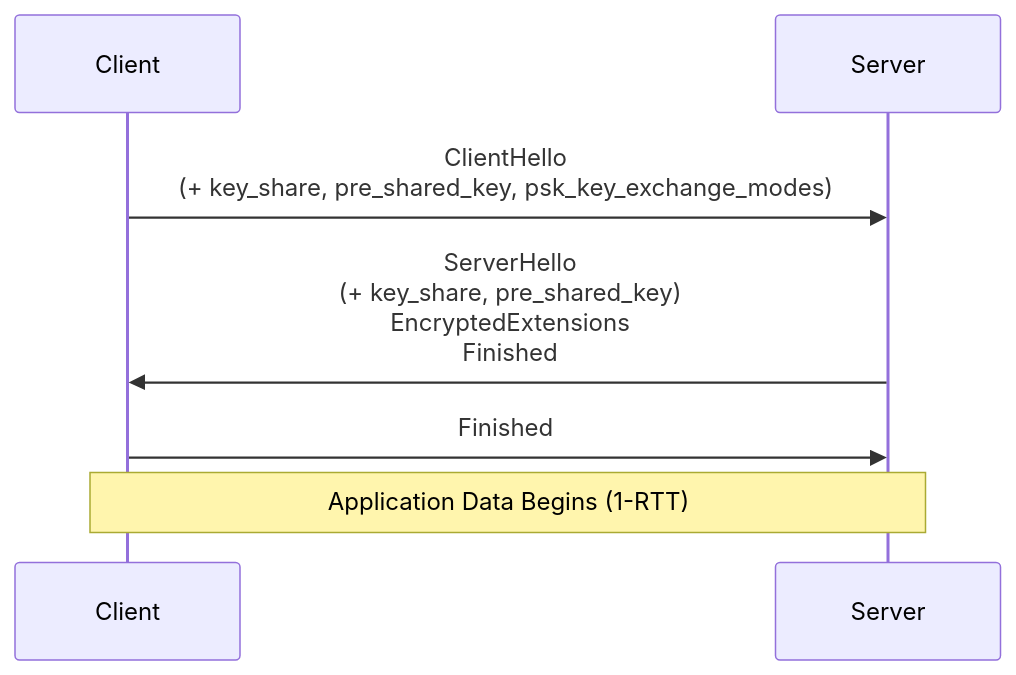
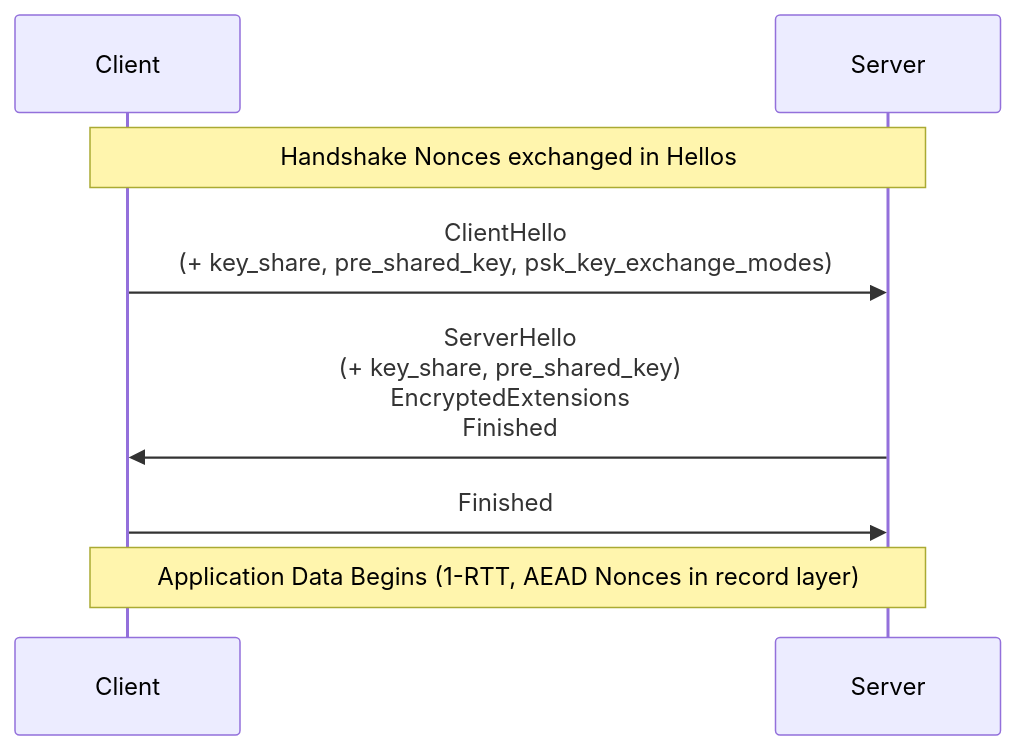
Before and after one commit to sentenz/convention: the fourth of 4 diagrams in docs/decisions/015-adr-tls-psk.md, drawn with Mermaid. The commit also changed other lines of this file, not shown here.

Commit message:
Refine ADR 015 Option 4 nonce and 1-RTT details

````diff
--- a/docs/decisions/015-adr-tls-psk.md
+++ b/docs/decisions/015-adr-tls-psk.md
@@ -231,11 +233,12 @@
 ```mermaid
 sequenceDiagram
     participant C as Client
     participant S as Server
 
+    Note over C,S: Handshake Nonces exchanged in Hellos
     C->>S: ClientHello<br/>(+ key_share, pre_shared_key, psk_key_exchange_modes)
     S->>C: ServerHello<br/>(+ key_share, pre_shared_key)<br/>EncryptedExtensions<br/>Finished
     C->>S: Finished
 
-    Note over C,S: Application Data Begins (1-RTT)
+    Note over C,S: Application Data Begins (1-RTT, AEAD Nonces in record layer)
 ```
````
